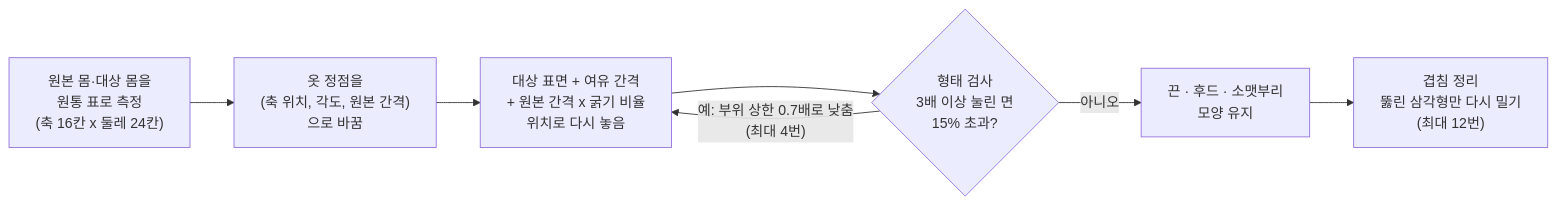
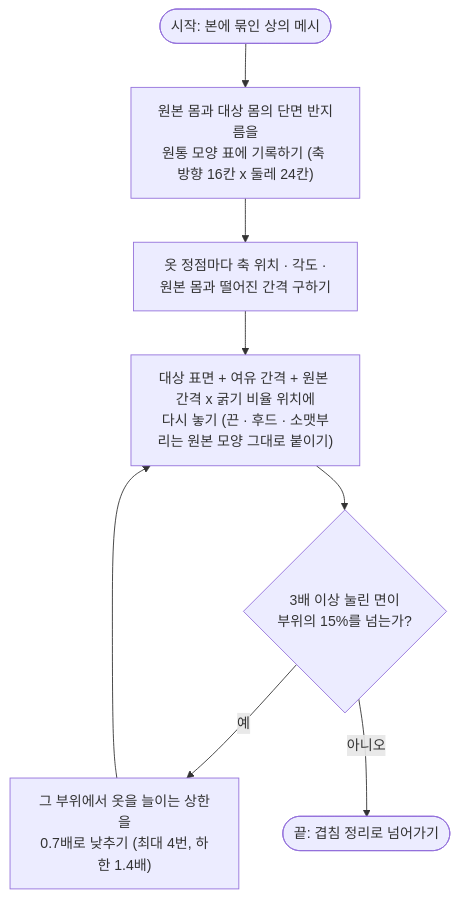
One commit to Ricopam/outfit-grader changed the second of 4 diagrams in README.md. Above: the diagram before and after it, drawn with Mermaid. The commit also changed other lines of this file, not shown here.

````diff
--- a/README.md
+++ b/README.md
@@ -247,9 +252,10 @@
 ```mermaid
-flowchart LR
-    S1["원본 몸·대상 몸을<br/>원통 표로 측정<br/>(축 16칸 x 둘레 24칸)"] --> S2["옷 정점을<br/>(축 위치, 각도, 원본 간격)<br/>으로 바꿈"]
-    S2 --> S3["대상 표면 + 여유 간격<br/>+ 원본 간격 x 굵기 비율<br/>위치로 다시 놓음"]
-    S3 --> S4{"형태 검사<br/>3배 이상 눌린 면<br/>15% 초과?"}
-    S4 -- "예: 부위 상한 0.7배로 낮춤<br/>(최대 4번)" --> S3
-    S4 -- "아니오" --> S5["끈 · 후드 · 소맷부리<br/>모양 유지"]
-    S5 --> S6["겹침 정리<br/>뚫린 삼각형만 다시 밀기<br/>(최대 12번)"]
+flowchart TD
+    S(["시작: 본에 묶인 상의 메시"]) --> M["원본 몸과 대상 몸의 단면 반지름을<br/>원통 모양 표에 기록하기 (축 방향 16칸 x 둘레 24칸)"]
+    M --> C["옷 정점마다 축 위치 · 각도 ·<br/>원본 몸과 떨어진 간격 구하기"]
+    C --> P["대상 표면 + 여유 간격 + 원본 간격 x 굵기 비율 위치에<br/>다시 놓기 (끈 · 후드 · 소맷부리는 원본 모양 그대로 붙이기)"]
+    P --> Q{"3배 이상 눌린 면이<br/>부위의 15%를 넘는가?"}
+    Q -->|예| LOW["그 부위에서 옷을 늘이는 상한을<br/>0.7배로 낮추기 (최대 4번, 하한 1.4배)"]
+    LOW --> P
+    Q -->|아니오| E(["끝: 겹침 정리로 넘어가기"])
 ```
````
